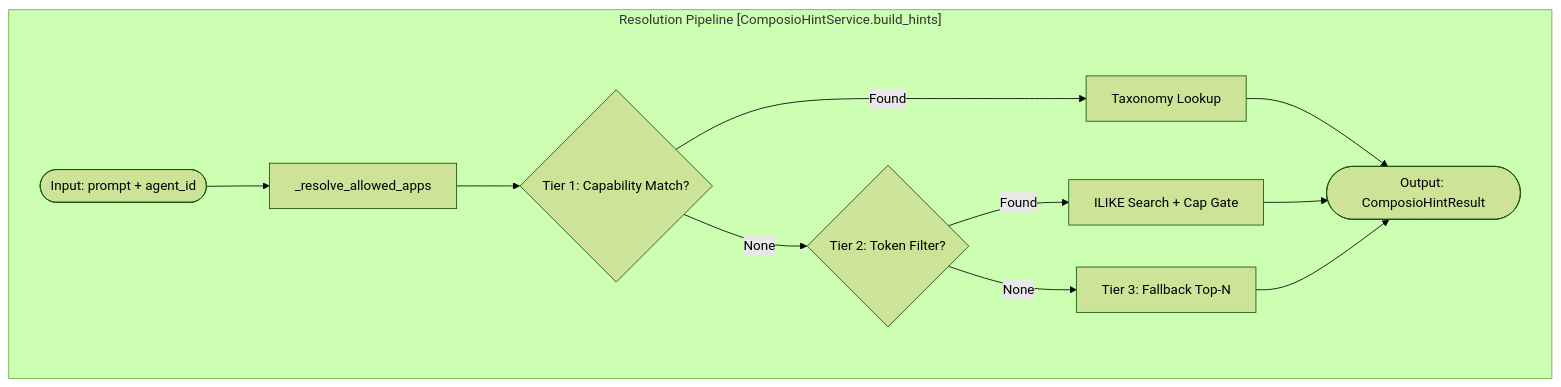
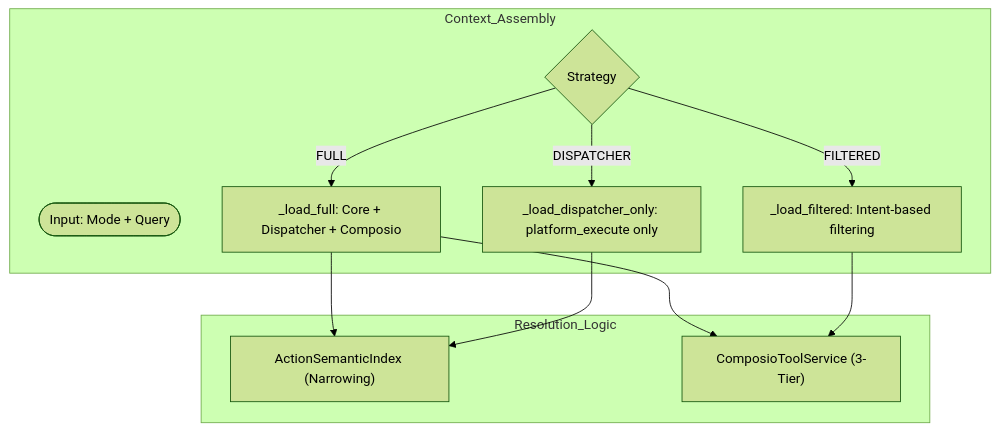
The second of 2 diagrams in docs/tools-integrations/tool-discovery-resolution.md (AutomatosAI/automatos-ai), drawn with Mermaid (forest theme) before and after one commit. The commit also changed other lines of this file and 191 other files, not shown here.

````diff
--- a/docs/tools-integrations/tool-discovery-resolution.md
+++ b/docs/tools-integrations/tool-discovery-resolution.md
@@ -120,28 +136,25 @@
 ```mermaid
 graph TB
-    subgraph "Resolution Pipeline [ComposioHintService.build_hints]"
-        Start([Input: prompt + agent_id])
+    subgraph "Context_Assembly"
+        Start([Input: Mode + Query])
+        Strategy{Strategy}
         
-        Apps["_resolve_allowed_apps"]
-        T1{Tier 1: Capability Match?}
-        T1_Exec[Taxonomy Lookup]
-        
-        T2{Tier 2: Token Filter?}
-        T2_Exec[ILIKE Search + Cap Gate]
-        
-        T3[Tier 3: Fallback Top-N]
-        
-        End([Output: ComposioHintResult])
+        FULL["_load_full: Core + Dispatcher + Composio"]
+        FILTERED["_load_filtered: Intent-based filtering"]
+        DISPATCHER["_load_dispatcher_only: platform_execute only"]
     end
 
-    Start --> Apps
-    Apps --> T1
-    T1 -- "Found" --> T1_Exec
-    T1 -- "None" --> T2
-    T1_Exec --> End
-    
-    T2 -- "Found" --> T2_Exec
-    T2 -- "None" --> T3
-    T2_Exec --> End
-    T3 --> End
+    subgraph "Resolution_Logic"
+        Semantic["ActionSemanticIndex (Narrowing)"]
+        CompRes["ComposioToolService (3-Tier)"]
+    end
+
+    Strategy -- FULL --> FULL
+    Strategy -- FILTERED --> FILTERED
+    Strategy -- DISPATCHER --> DISPATCHER
+
+    FULL --> Semantic
+    FULL --> CompRes
+    DISPATCHER --> Semantic
+    FILTERED --> CompRes
 ```
````
